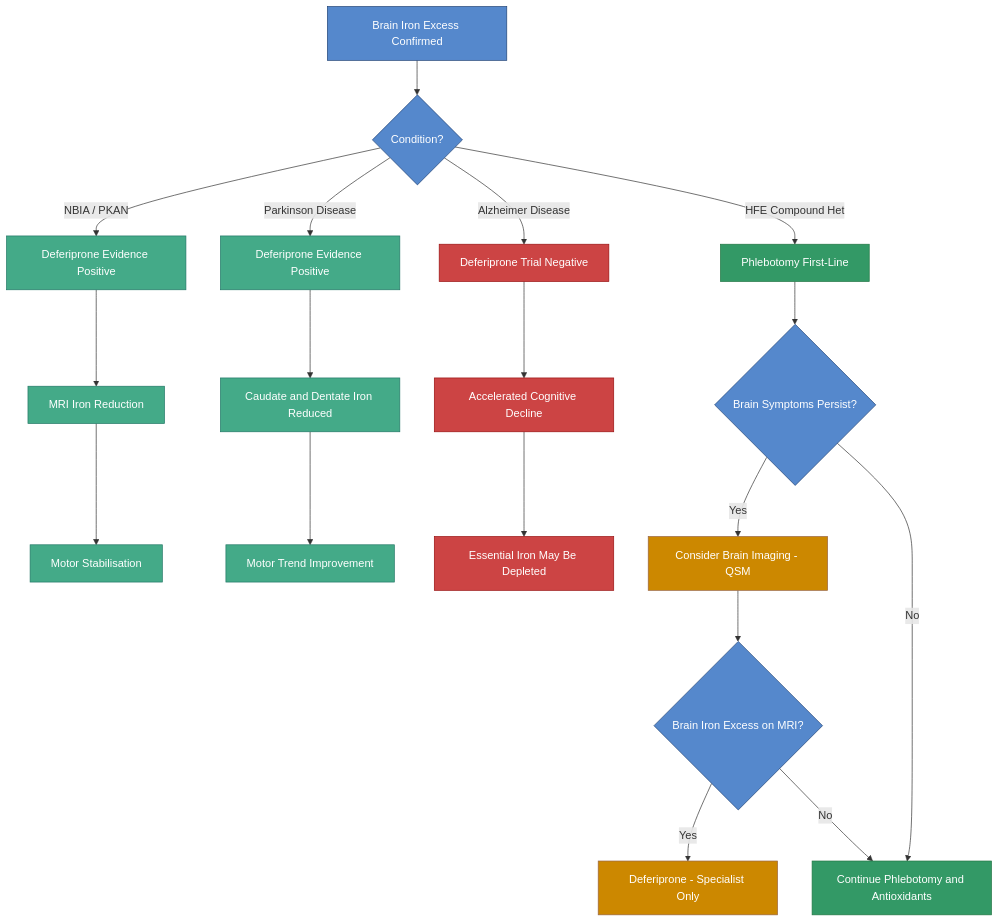
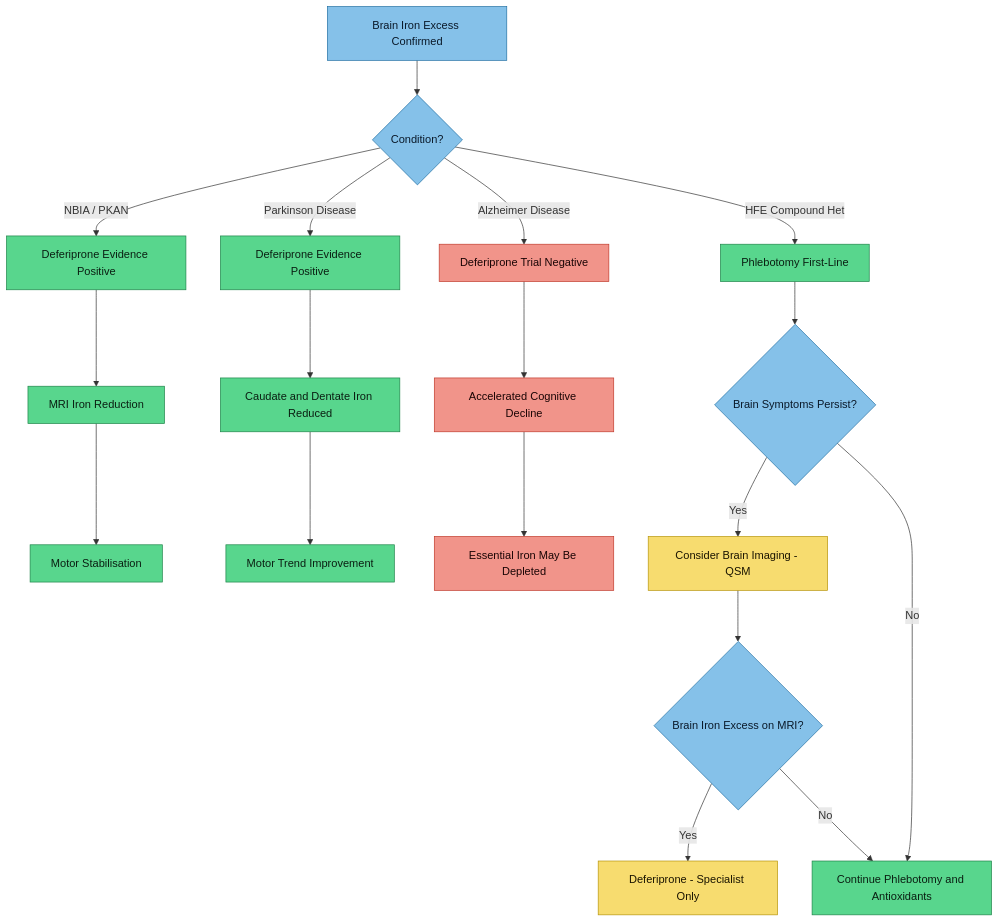
The diagram in research/Iron Chelation Therapy - Deferiprone.md (Aegis-commits/ag-hfe-adhd-asd-research), drawn with Mermaid before and after one commit. The commit also changed 39 other files, not shown here.

First line of the commit message:
docs(vault): standardise diagram colours for light-mode readability, add MOC quick nav

````diff
--- a/research/Iron Chelation Therapy - Deferiprone.md
+++ b/research/Iron Chelation Therapy - Deferiprone.md
@@ -34,36 +34,36 @@
 ```mermaid
 flowchart TD
     A["Brain Iron Excess Confirmed"] --> B{"Condition?"}
 
     B -- NBIA / PKAN --> C["Deferiprone Evidence Positive"]
     C --> D["MRI Iron Reduction"]
     D --> E["Motor Stabilisation"]
 
     B -- Parkinson Disease --> F["Deferiprone Evidence Positive"]
     F --> G["Caudate and Dentate Iron Reduced"]
     G --> H["Motor Trend Improvement"]
 
     B -- Alzheimer Disease --> I["Deferiprone Trial Negative"]
     I --> J["Accelerated Cognitive Decline"]
     J --> K["Essential Iron May Be Depleted"]
 
     B -- HFE Compound Het --> L["Phlebotomy First-Line"]
     L --> M{"Brain Symptoms Persist?"}
     M -- Yes --> N["Consider Brain Imaging - QSM"]
     N --> O{"Brain Iron Excess on MRI?"}
     O -- Yes --> P["Deferiprone - Specialist Only"]
     O -- No --> Q["Continue Phlebotomy and Antioxidants"]
     M -- No --> Q
 
-    classDef positive fill:#4a8,color:#fff,stroke:#276
-    classDef negative fill:#c44,color:#fff,stroke:#911
-    classDef decision fill:#58c,color:#fff,stroke:#247
-    classDef firstline fill:#396,color:#fff,stroke:#274
-    classDef caution fill:#c80,color:#fff,stroke:#964
+    classDef positive fill:#58d68d,stroke:#1e8449,color:#0a1f12
+    classDef negative fill:#f1948a,stroke:#c0392b,color:#1a0505
+    classDef decision fill:#85c1e9,stroke:#2471a3,color:#0a1929
+    classDef firstline fill:#58d68d,stroke:#1e8449,color:#0a1f12
+    classDef caution fill:#f7dc6f,stroke:#b7950b,color:#1a1400
 
     class C,D,E,F,G,H positive
     class I,J,K negative
     class A,B,M,O decision
     class L,Q firstline
     class N,P caution
 ```
````
